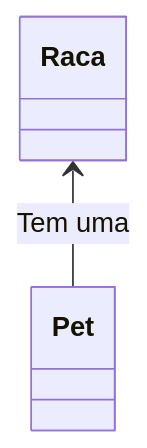
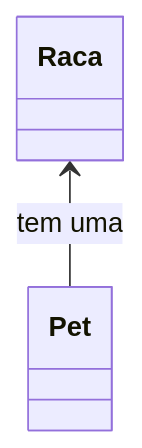
Before and after one commit to conteudoGeneration/cookbook_javascript: the ninth of 10 diagrams in 01_javascript/16.md, drawn with Mermaid. The commit also changed other lines of this file, not shown here.

````diff
--- a/01_javascript/16.md
+++ b/01_javascript/16.md
@@ -185,4 +185,4 @@
 ```mermaid
 classDiagram
-Raca <-- Pet : Tem uma
+Raca <-- Pet : tem uma
 ```
````
